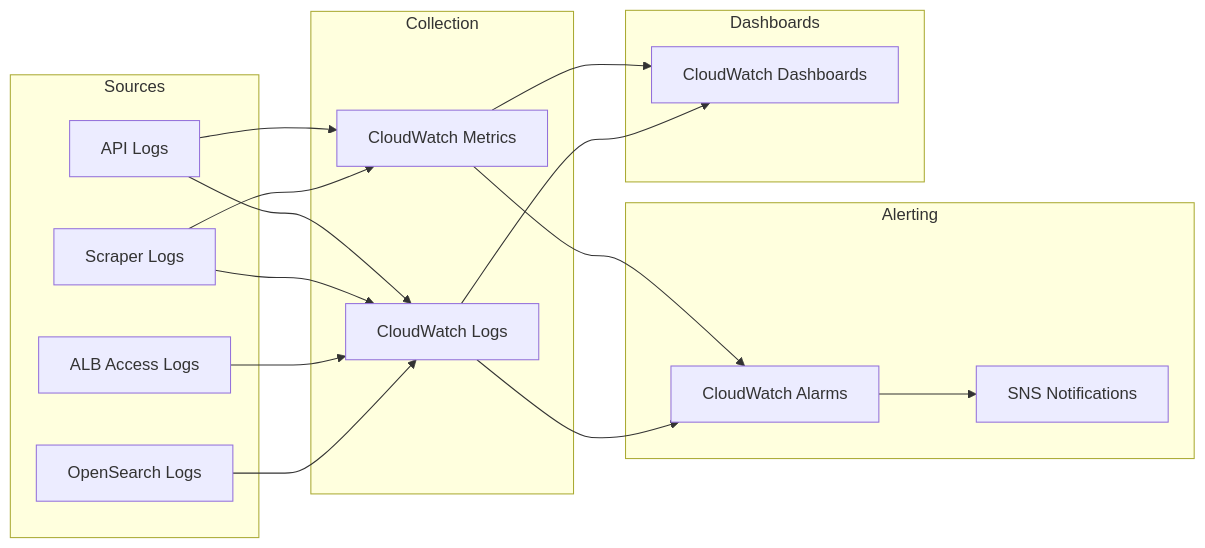
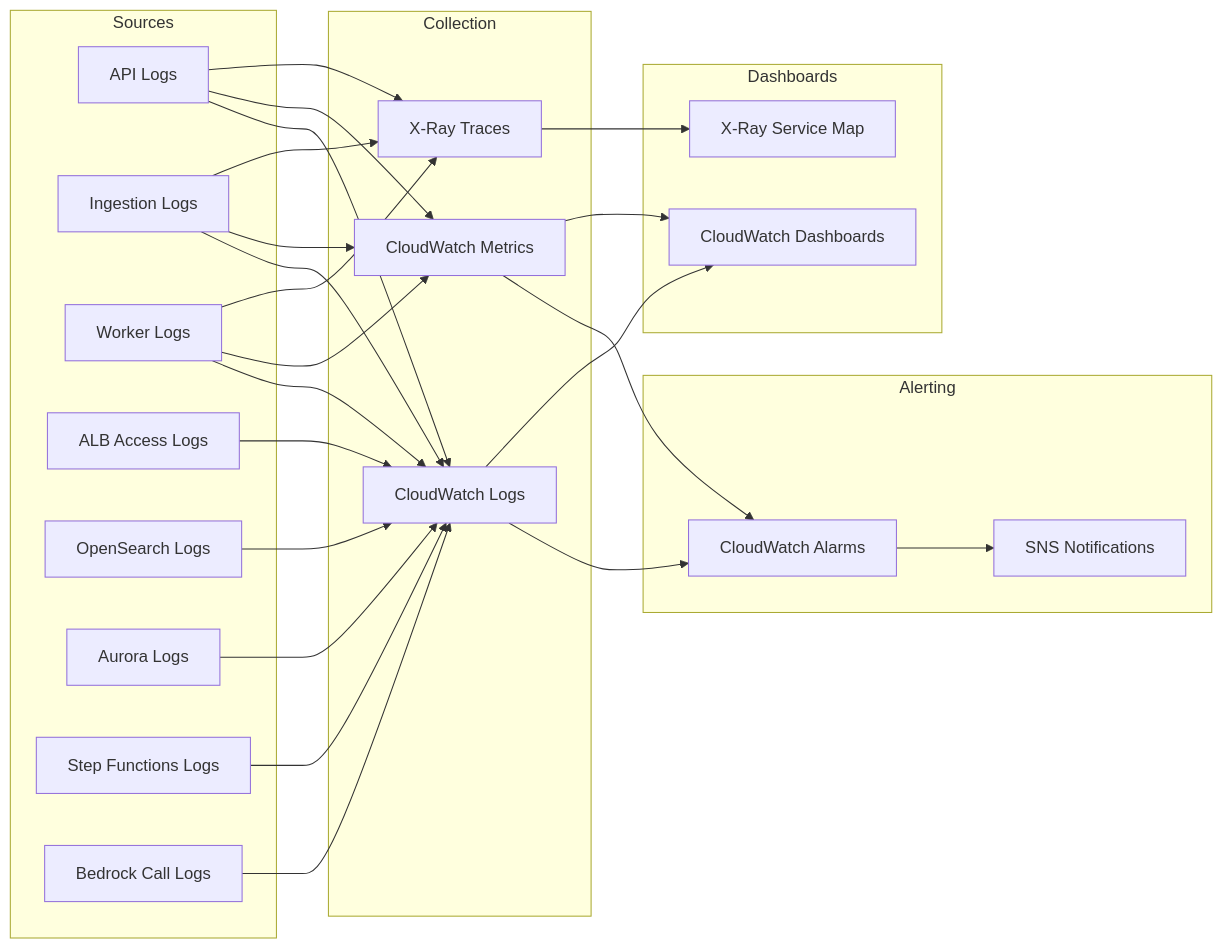
One commit to gepstein23/EpsteinBrowser changed diagram 13 of 15 in docs/architecture.md. Above: the diagram before and after it, drawn with Mermaid. The commit also changed other lines of this file and 1 other file, not shown here.

First line of the commit message:
Authored by Genevieve's Intern, Claude: Rewrite architecture with evented pipeline design

````diff
--- a/docs/architecture.md
+++ b/docs/architecture.md
@@ -205,37 +736,41 @@
 ```mermaid
 graph LR
     subgraph "Sources"
         API[API Logs]
-        SCRAPER[Scraper Logs]
+        ING[Ingestion Logs]
+        WORKERS[Worker Logs]
         ALB_LOGS[ALB Access Logs]
         OS_LOGS[OpenSearch Logs]
+        PG_LOGS[Aurora Logs]
+        SF_LOGS[Step Functions Logs]
+        BED_LOGS[Bedrock Call Logs]
     end
 
     subgraph "Collection"
         CW[CloudWatch Logs]
         CWM[CloudWatch Metrics]
+        XRAY[X-Ray Traces]
     end
 
     subgraph "Alerting"
         ALARM[CloudWatch Alarms]
         SNS[SNS Notifications]
     end
 
     subgraph "Dashboards"
         DASH[CloudWatch Dashboards]
+        XMAP[X-Ray Service Map]
     end
 
-    API --> CW
-    SCRAPER --> CW
-    ALB_LOGS --> CW
-    OS_LOGS --> CW
-
-    API --> CWM
-    SCRAPER --> CWM
+    API & ING & WORKERS & SF_LOGS & BED_LOGS --> CW
+    ALB_LOGS & OS_LOGS & PG_LOGS --> CW
+    API & ING & WORKERS --> CWM
+    API & ING & WORKERS --> XRAY
 
     CWM --> ALARM
     CW --> ALARM
     ALARM --> SNS
     CWM --> DASH
     CW --> DASH
+    XRAY --> XMAP
 ```
````
